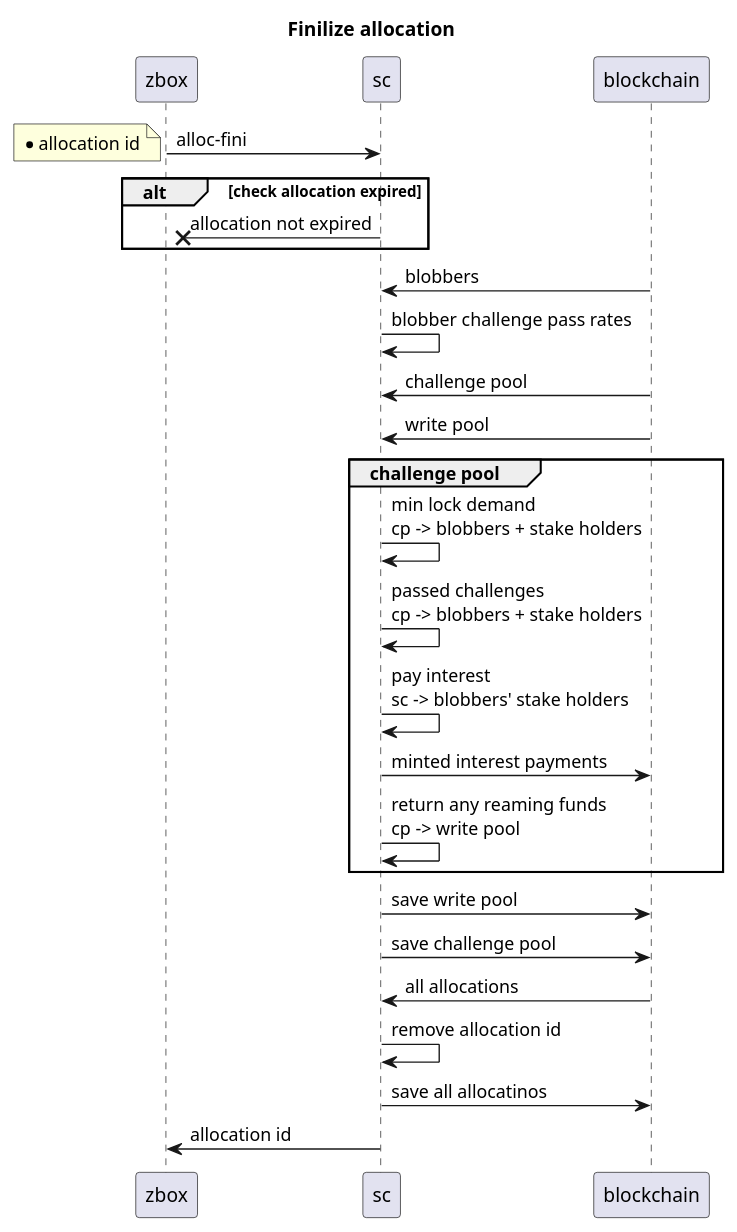
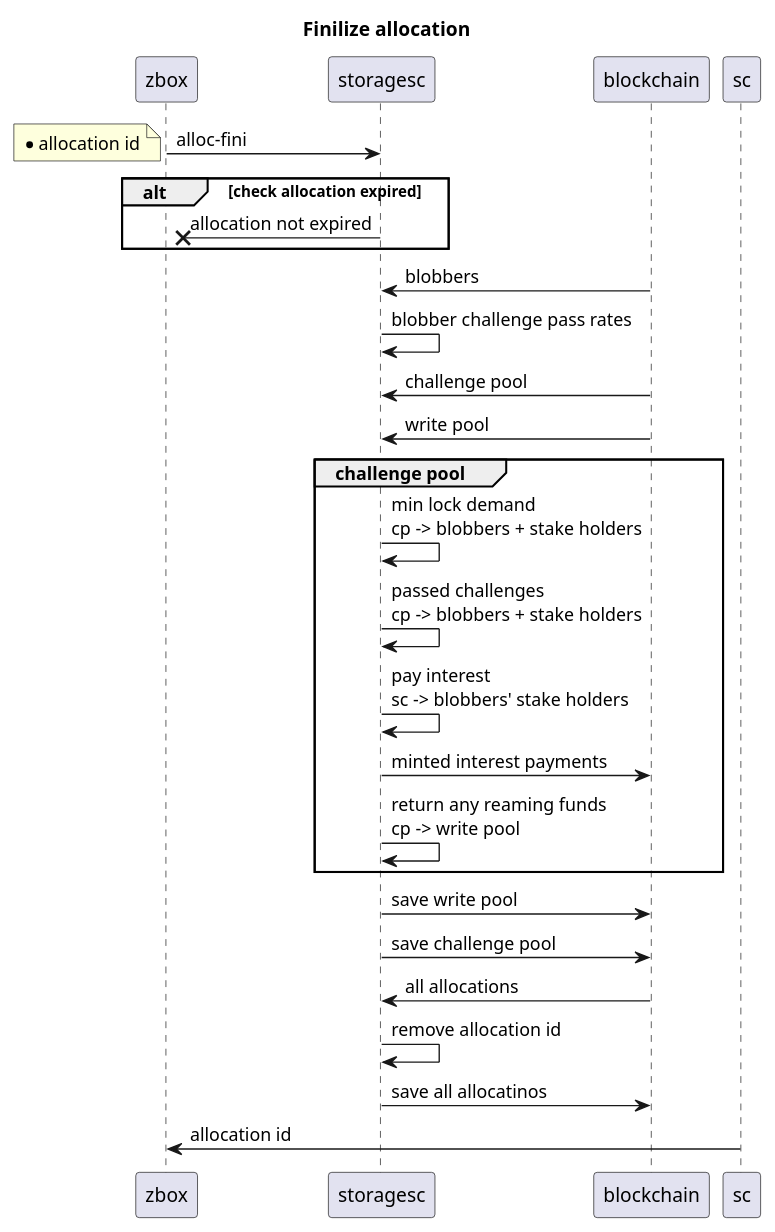
Diagram 20 of 32 in documents/uml.md (0chain/zboxcli), drawn with PlantUML before and after one commit. The commit also changed other lines of this file and 1 other file, not shown here.

````diff
--- a/documents/uml.md
+++ b/documents/uml.md
@@ -430,27 +430,27 @@
 ```puml
 title Finilize allocation
-zbox -> sc : alloc-fini
+zbox ->storagesc: alloc-fini
 note left
     * allocation id
 end note
     alt check allocation expired
-        sc ->x zbox : allocation not expired
+       storagesc->x zbox : allocation not expired
     end
-    blockchain -> sc :blobbers
-    sc -> sc : blobber challenge pass rates
-    blockchain -> sc : challenge pool
-    blockchain -> sc : write pool   
+    blockchain ->storagesc:blobbers
+   storagesc->storagesc: blobber challenge pass rates
+    blockchain ->storagesc: challenge pool
+    blockchain ->storagesc: write pool   
     group challenge pool
-        sc -> sc : min lock demand\ncp -> blobbers + stake holders
-        sc -> sc : passed challenges\ncp -> blobbers + stake holders
-        sc -> sc : pay interest\nsc -> blobbers' stake holders 
-        sc -> blockchain : minted interest payments
-        sc -> sc : return any reaming funds\ncp -> write pool
+       storagesc->storagesc: min lock demand\ncp -> blobbers + stake holders
+       storagesc->storagesc: passed challenges\ncp -> blobbers + stake holders
+       storagesc->storagesc: pay interest\nsc -> blobbers' stake holders 
+       storagesc-> blockchain : minted interest payments
+       storagesc->storagesc: return any reaming funds\ncp -> write pool
     end
-    sc -> blockchain : save write pool
-    sc -> blockchain : save challenge pool
-    blockchain -> sc : all allocations
-    sc -> sc : remove allocation id 
-    sc -> blockchain : save all allocatinos    
+   storagesc-> blockchain : save write pool
+   storagesc-> blockchain : save challenge pool
+    blockchain ->storagesc: all allocations
+   storagesc->storagesc: remove allocation id 
+   storagesc-> blockchain : save all allocatinos    
 sc -> zbox : allocation id 
 ```
````
